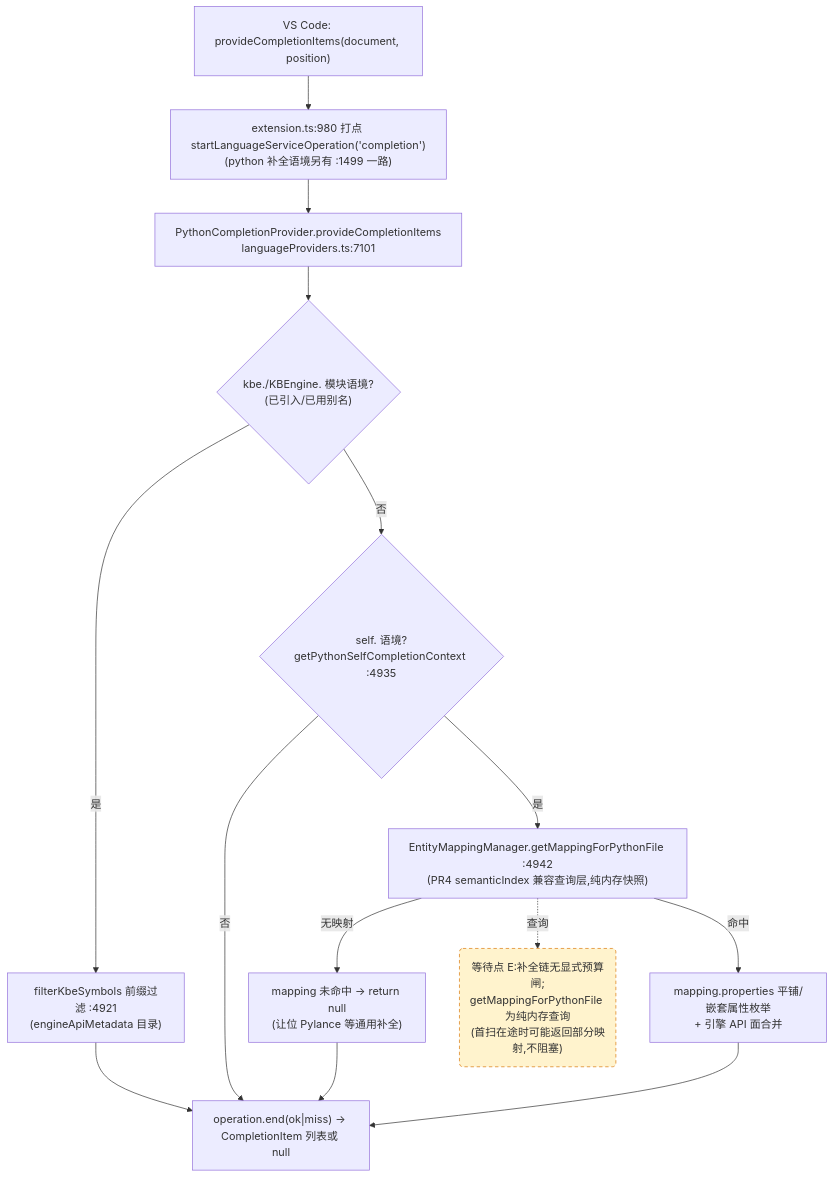
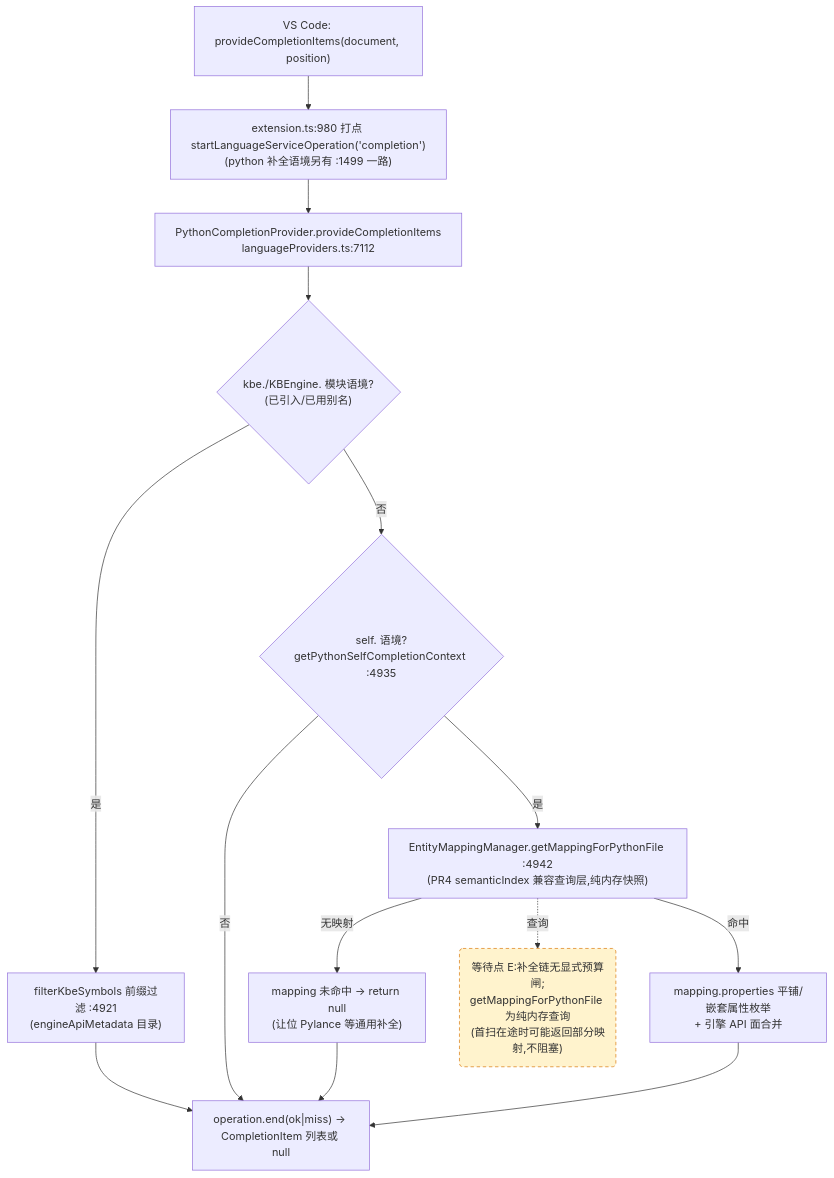
The third of 4 diagrams in docs/perf/2026-baseline.md (cuihairu/kode), drawn with Mermaid before and after one commit. The commit also changed other lines of this file and 2 other files, not shown here.

````diff
--- a/docs/perf/2026-baseline.md
+++ b/docs/perf/2026-baseline.md
@@ -184,27 +184,27 @@
 ```mermaid
 flowchart TD
   VC3["VS Code: provideCompletionItems(document, position)"]
   M3["extension.ts:980 打点 startLanguageServiceOperation('completion')<br/>(python 补全语境另有 :1499 一路)"]
-  CP["PythonCompletionProvider.provideCompletionItems<br/>languageProviders.ts:7101"]
+  CP["PythonCompletionProvider.provideCompletionItems<br/>languageProviders.ts:7112"]
   KBEC{"kbe./KBEngine. 模块语境?<br/>(已引入/已用别名)"}
   FILTER["filterKbeSymbols 前缀过滤 :4921<br/>(engineApiMetadata 目录)"]
   SELFC{"self. 语境?<br/>getPythonSelfCompletionContext :4935"}
   MAP["EntityMappingManager.getMappingForPythonFile :4942<br/>(PR4 semanticIndex 兼容查询层,纯内存快照)"]
   NOMAP["mapping 未命中 → return null<br/>(让位 Pylance 等通用补全)"]
   PROPS["mapping.properties 平铺/嵌套属性枚举<br/>+ 引擎 API 面合并"]
   END3["operation.end(ok|miss) → CompletionItem 列表或 null"]
 
   VC3 --> M3 --> CP --> KBEC
   KBEC -- "是" --> FILTER --> END3
   KBEC -- "否" --> SELFC
   SELFC -- "否" --> END3
   SELFC -- "是" --> MAP
   MAP -- "无映射" --> NOMAP --> END3
   MAP -- "命中" --> PROPS --> END3
 
   WAITE("等待点 E:补全链无显式预算闸;<br/>getMappingForPythonFile 为纯内存查询<br/>(首扫在途时可能返回部分映射,不阻塞)")
   MAP -.->|查询| WAITE
 
   classDef waitPoint fill:#fff3cd,stroke:#d97706,stroke-dasharray:5 4;
   class WAITE waitPoint;
 ```
````
